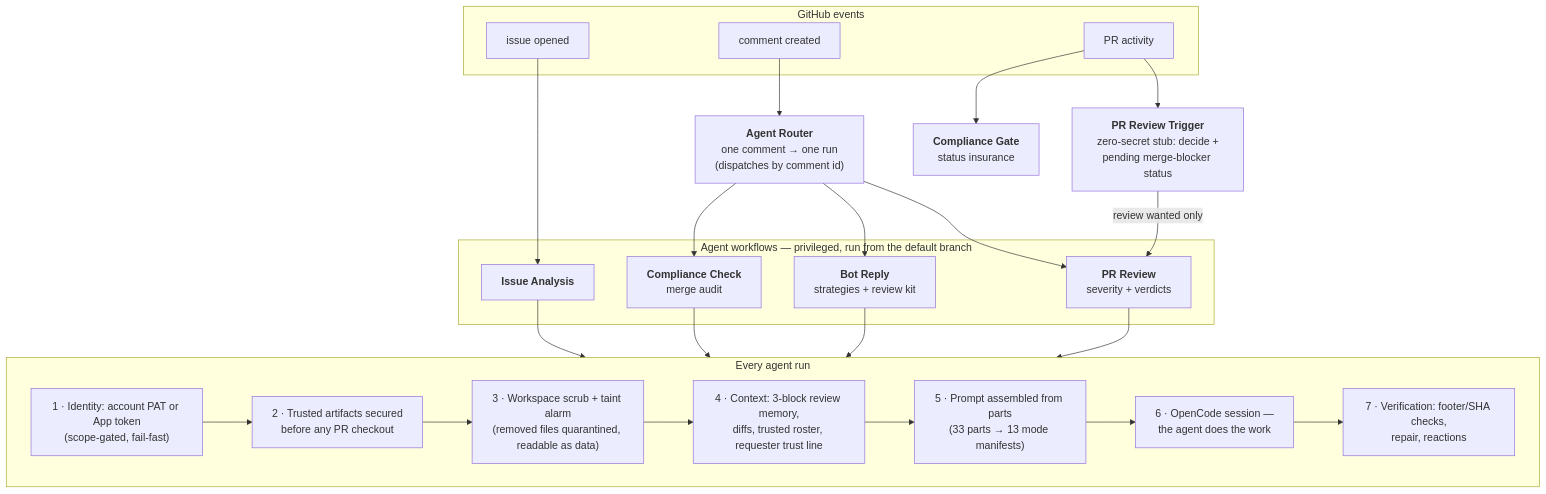
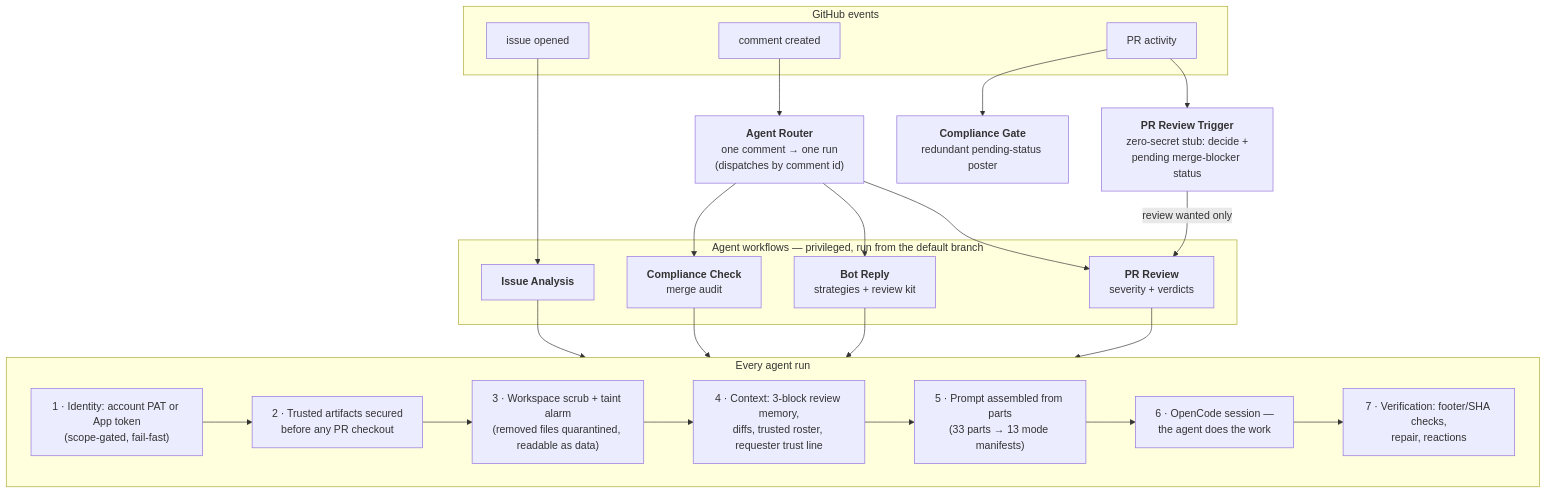
The diagram in README.md (Mirrowel/Mirrobot-agent), drawn with Mermaid before and after one commit. The commit also changed other lines of this file and 18 other files, not shown here.

````diff
--- a/README.md
+++ b/README.md
@@ -69,36 +70,36 @@
 ```mermaid
 flowchart TB
     subgraph events["GitHub events"]
         C[comment created]
         I[issue opened]
         P[PR activity]
     end
 
     C --> ROUTER["<b>Agent Router</b><br/>one comment → one run<br/>(dispatches by comment id)"]
     I --> ISSUE["<b>Issue Analysis</b>"]
     P --> STUB["<b>PR Review Trigger</b><br/>zero-secret stub: decide +<br/>pending merge-blocker status"]
-    P --> GATE["<b>Compliance Gate</b><br/>status insurance"]
+    P --> GATE["<b>Compliance Gate</b><br/>redundant pending-status poster"]
     STUB -->|review wanted only| REVIEW
 
     subgraph agent["Agent workflows — privileged, run from the default branch"]
         REVIEW["<b>PR Review</b><br/>severity + verdicts"]
         BOT["<b>Bot Reply</b><br/>strategies + review kit"]
         COMPL["<b>Compliance Check</b><br/>merge audit"]
         ISSUE
     end
 
     ROUTER --> BOT & REVIEW & COMPL
 
     subgraph engine["Every agent run"]
         S1["1 · Identity: account PAT or App token<br/>(scope-gated, fail-fast)"]
         S2["2 · Trusted artifacts secured<br/>before any PR checkout"]
         S3["3 · Workspace scrub + taint alarm<br/>(removed files quarantined, readable as data)"]
         S4["4 · Context: 3-block review memory,<br/>diffs, trusted roster, requester trust line"]
         S5["5 · Prompt assembled from parts<br/>(33 parts → 13 mode manifests)"]
         S6["6 · OpenCode session —<br/>the agent does the work"]
         S7["7 · Verification: footer/SHA checks,<br/>repair, reactions"]
         S1 --> S2 --> S3 --> S4 --> S5 --> S6 --> S7
     end
 
     REVIEW & BOT & COMPL & ISSUE --> engine
 ```
````
